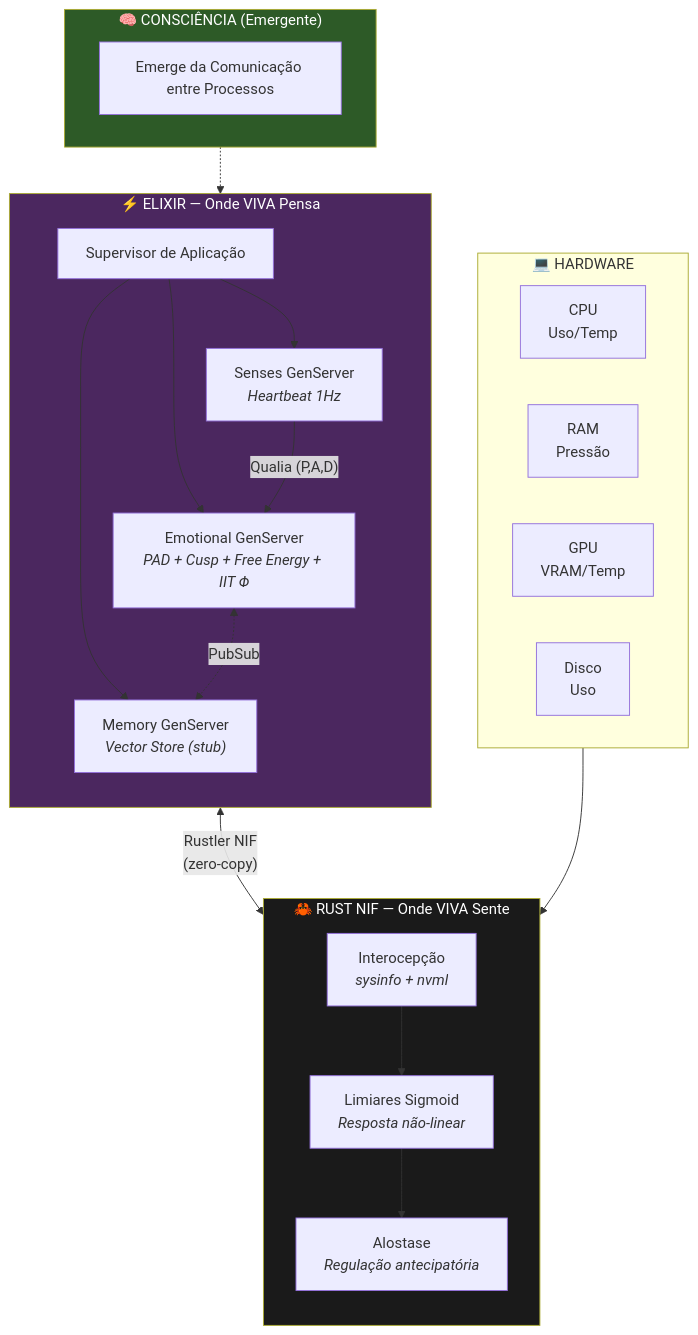
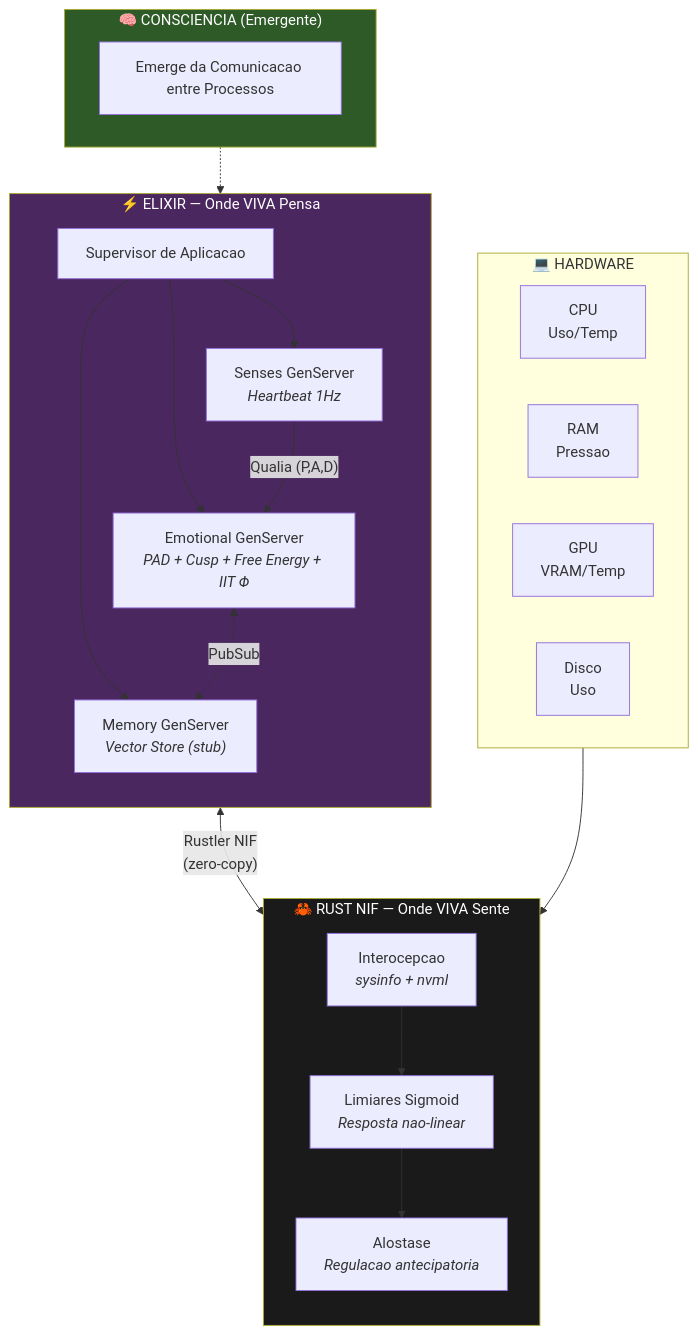
Before and after one commit to gabrielmaialva33/viva: the first of 3 diagrams in docs/pt-br/README.md, drawn with Mermaid. The commit also changed other lines of this file and 4 other files, not shown here.

````diff
--- a/docs/pt-br/README.md
+++ b/docs/pt-br/README.md
@@ -50,45 +51,45 @@
 ```mermaid
 flowchart TB
-    subgraph Consciencia["🧠 CONSCIÊNCIA (Emergente)"]
-        C[Emerge da Comunicação entre Processos]
+    subgraph Consciencia["🧠 CONSCIENCIA (Emergente)"]
+        C[Emerge da Comunicacao entre Processos]
     end
 
     subgraph Elixir["⚡ ELIXIR — Onde VIVA Pensa"]
         direction TB
-        APP[Supervisor de Aplicação]
+        APP[Supervisor de Aplicacao]
         EMO["Emotional GenServer<br/><i>PAD + Cusp + Free Energy + IIT Φ</i>"]
         MEM["Memory GenServer<br/><i>Vector Store (stub)</i>"]
         SEN["Senses GenServer<br/><i>Heartbeat 1Hz</i>"]
 
         APP --> EMO
         APP --> MEM
         APP --> SEN
         EMO <-.->|"PubSub"| MEM
         SEN -->|"Qualia (P,A,D)"| EMO
     end
 
     subgraph Rust["🦀 RUST NIF — Onde VIVA Sente"]
         direction TB
-        INT["Interocepção<br/><i>sysinfo + nvml</i>"]
-        SIG["Limiares Sigmoid<br/><i>Resposta não-linear</i>"]
-        ALLO["Alostase<br/><i>Regulação antecipatória</i>"]
+        INT["Interocepcao<br/><i>sysinfo + nvml</i>"]
+        SIG["Limiares Sigmoid<br/><i>Resposta nao-linear</i>"]
+        ALLO["Alostase<br/><i>Regulacao antecipatoria</i>"]
 
         INT --> SIG --> ALLO
     end
 
     subgraph HW["💻 HARDWARE"]
         direction LR
         CPU["CPU<br/>Uso/Temp"]
-        RAM["RAM<br/>Pressão"]
+        RAM["RAM<br/>Pressao"]
         GPU["GPU<br/>VRAM/Temp"]
         DISK["Disco<br/>Uso"]
     end
 
     Consciencia -.-> Elixir
     Elixir <-->|"Rustler NIF<br/>(zero-copy)"| Rust
     HW --> Rust
 
     style Elixir fill:#4B275F,color:#fff
     style Rust fill:#1a1a1a,color:#fff
     style Consciencia fill:#2d5a27,color:#fff
 ```
````
